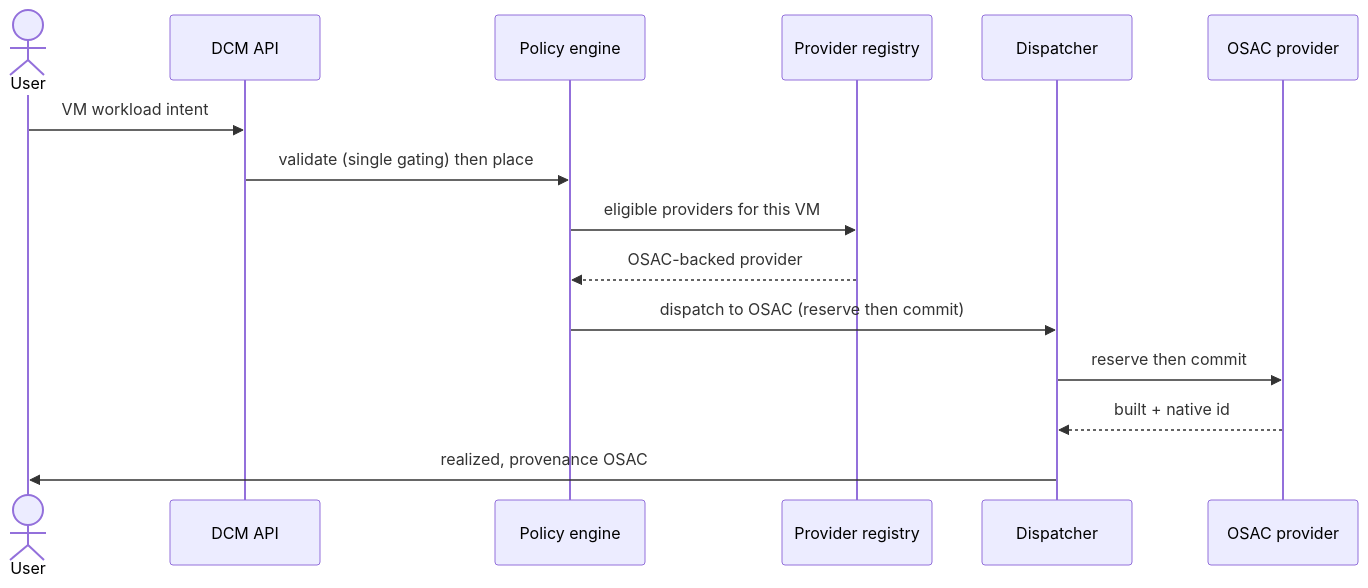
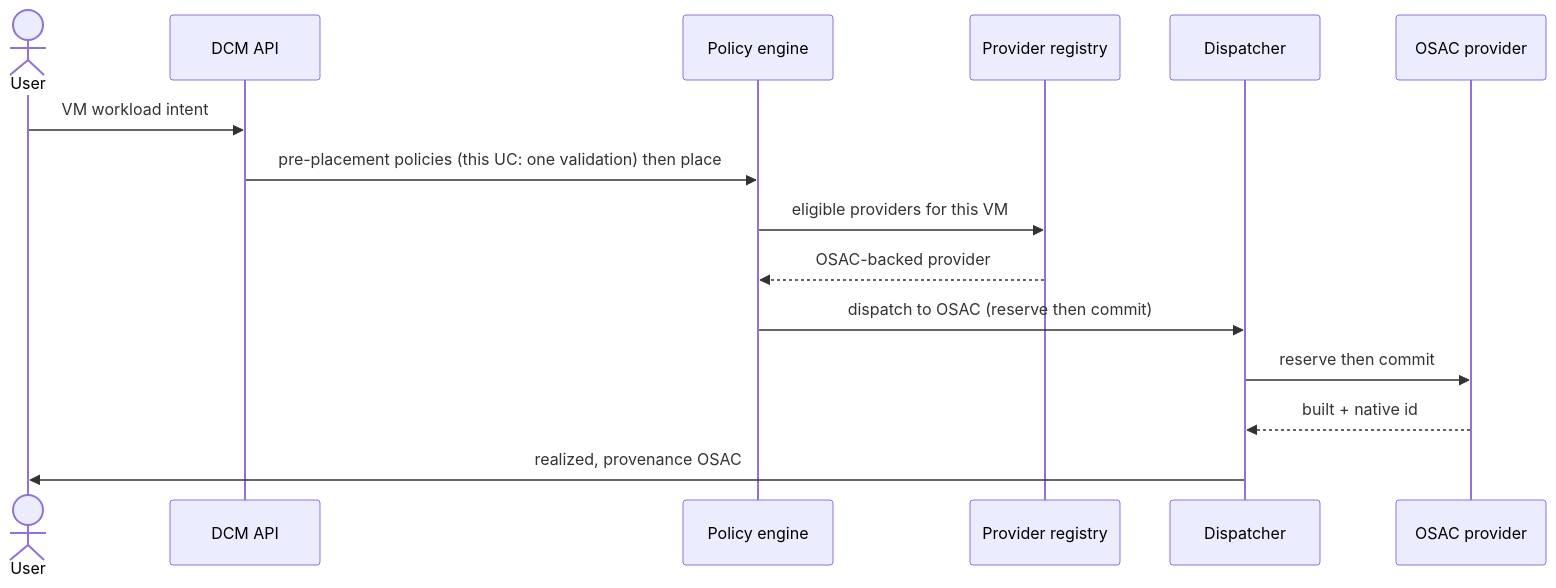
The diagram in docs/flows/uc-04-vm-intent-osac-placement.md (croadfeldt/dcm), drawn with Mermaid before and after one commit. The commit also changed other lines of this file, not shown here.

First line of the commit message:
uc-04 play doc: placement occurs during policy application (#118)

````diff
--- a/docs/flows/uc-04-vm-intent-osac-placement.md
+++ b/docs/flows/uc-04-vm-intent-osac-placement.md
@@ -20,18 +22,18 @@
 ```mermaid
 sequenceDiagram
     actor User
     participant API as DCM API
     participant Pol as Policy engine
     participant Reg as Provider registry
     participant Disp as Dispatcher
     participant OSAC as OSAC provider
 
     User->>API: VM workload intent
-    API->>Pol: validate (single gating) then place
+    API->>Pol: pre-placement policies (this UC: one validation) then place
     Pol->>Reg: eligible providers for this VM
     Reg-->>Pol: OSAC-backed provider
     Pol->>Disp: dispatch to OSAC (reserve then commit)
     Disp->>OSAC: reserve then commit
     OSAC-->>Disp: built + native id
     Disp->>User: realized, provenance OSAC
 ```
````
